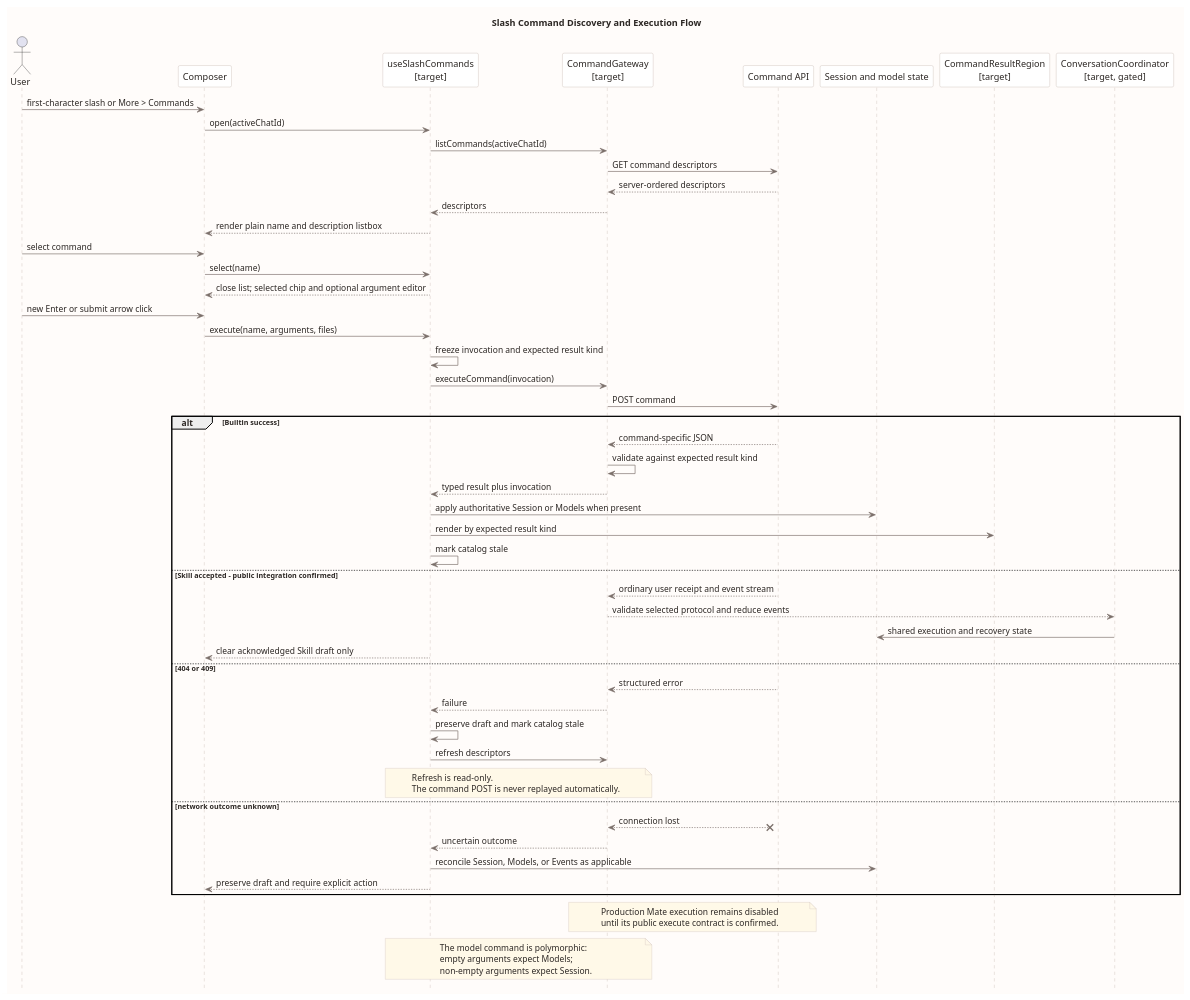
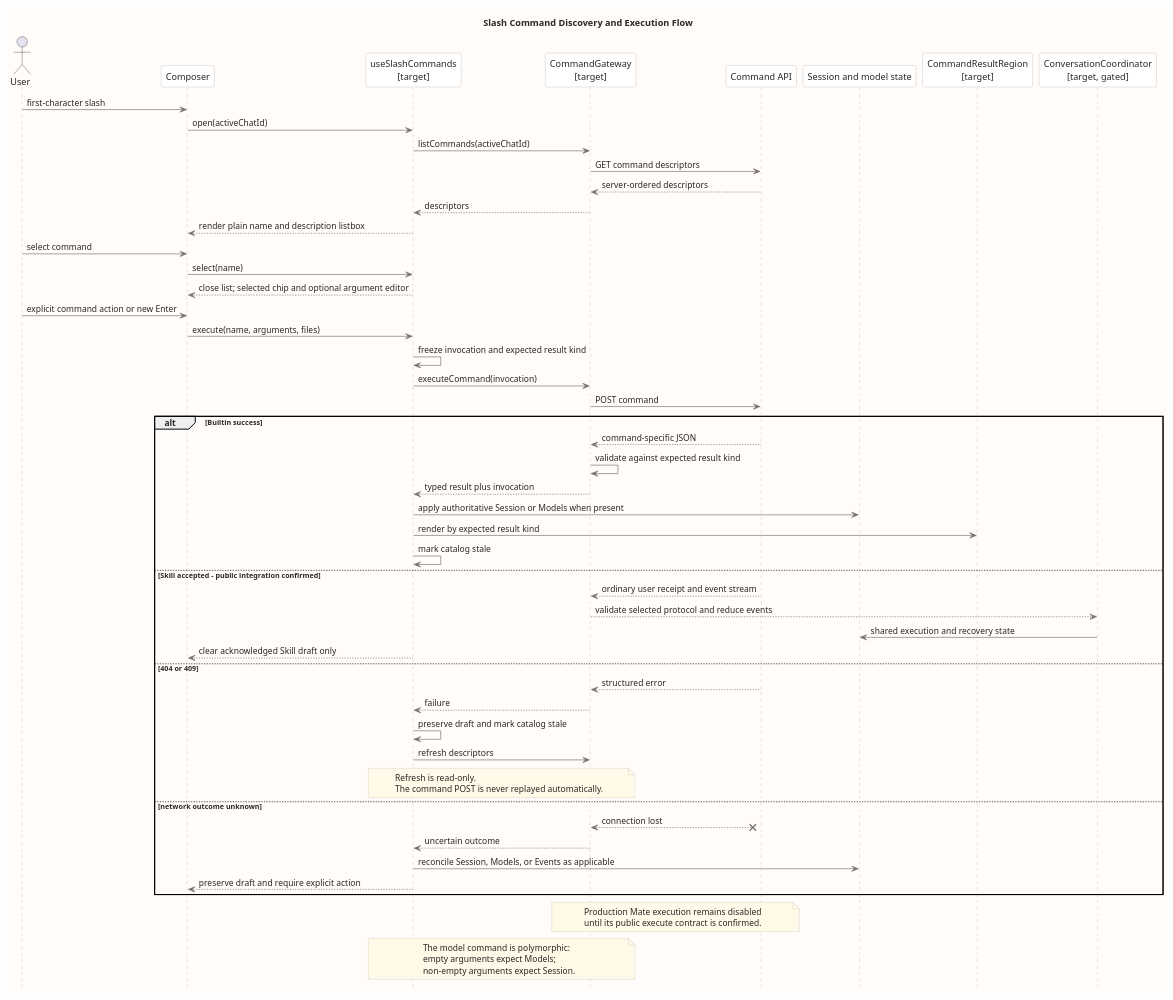
One commit to ssm0808/pi-mono-java-design changed the third of 3 diagrams in 04-命令与技能/00-Slash-Command通用模块/前端设计/diagram.puml. Above: the diagram before and after it, drawn with PlantUML. The commit also changed other lines of this file and 19 other files, not shown here.

```diff
--- a/04-命令与技能/00-Slash-Command通用模块/前端设计/diagram.puml
+++ b/04-命令与技能/00-Slash-Command通用模块/前端设计/diagram.puml
@@ -199,92 +209,92 @@
 @startuml slash_command_execution_flow
 title Slash Command Discovery and Execution Flow
 
 ' Source baseline: pi-mono-java@6f52fddc87a03c20916fc7b6ef1de87f6a7a8cf5
 ' Source evidence: frontend/src/composables/useRuntimeApi.ts, requestRaw and return surface
 ' Contract evidence: Runtime operations listSessionCommands and executeSessionCommand
 ' Historical behavior: the 6f52fddc frontend had no command HTTP methods or response projectors.
 ' UI update baseline: pi-mono-java@4cc8dd86f601417c22cf9306e52152acbb59bb60
 ' Source evidence: frontend/src/components/ComposerBox.vue, choose and runCommand
 ' Source evidence: frontend/src/runtime/commands.ts, freezeInvocation and decodeCommandResult
 ' Observed behavior: current command submission already freezes an invocation and decodes by expected result kind.
 ' Target-only design: the browser workflow and production Mate gateway are proposed.
 ' Design reason: decode from an immutable invocation, never replay an uncertain mutation, and reconcile through authoritative resources.
 
 skinparam backgroundColor #FFFCFA
 skinparam shadowing false
 skinparam defaultFontName Arial
 skinparam defaultFontColor #2C2724
 skinparam ArrowColor #7A6F69
 skinparam participantBorderColor #BFAEA5
 skinparam participantBackgroundColor #FFFFFF
 skinparam sequenceLifeLineBorderColor #BFAEA5
 skinparam sequenceLifeLineBackgroundColor #F8F3F0
 skinparam noteBorderColor #CDBEB6
 skinparam noteBackgroundColor #FFF9E8
 hide footbox
 
 actor User
 participant "Composer" as Composer
 participant "useSlashCommands\n[target]" as Slash
 participant "CommandGateway\n[target]" as Gateway
 participant "Command API" as Api
 participant "Session and model state" as State
 participant "CommandResultRegion\n[target]" as Result
 participant "ConversationCoordinator\n[target, gated]" as Conversation
 
-User -> Composer : first-character slash or More > Commands
+User -> Composer : first-character slash
 Composer -> Slash : open(activeChatId)
 Slash -> Gateway : listCommands(activeChatId)
 Gateway -> Api : GET command descriptors
 Api --> Gateway : server-ordered descriptors
 Gateway --> Slash : descriptors
 Slash --> Composer : render plain name and description listbox
 
 User -> Composer : select command
 Composer -> Slash : select(name)
 Slash --> Composer : close list; selected chip and optional argument editor
-User -> Composer : new Enter or submit arrow click
+User -> Composer : explicit command action or new Enter
 Composer -> Slash : execute(name, arguments, files)
 Slash -> Slash : freeze invocation and expected result kind
 Slash -> Gateway : executeCommand(invocation)
 Gateway -> Api : POST command
 
 alt Builtin success
   Api --> Gateway : command-specific JSON
   Gateway -> Gateway : validate against expected result kind
   Gateway --> Slash : typed result plus invocation
   Slash -> State : apply authoritative Session or Models when present
   Slash -> Result : render by expected result kind
   Slash -> Slash : mark catalog stale
 else Skill accepted - public integration confirmed
   Api --> Gateway : ordinary user receipt and event stream
   Gateway --> Conversation : validate selected protocol and reduce events
   Conversation -> State : shared execution and recovery state
   Slash --> Composer : clear acknowledged Skill draft only
 else 404 or 409
   Api --> Gateway : structured error
   Gateway --> Slash : failure
   Slash -> Slash : preserve draft and mark catalog stale
   Slash -> Gateway : refresh descriptors
   note over Slash,Gateway
     Refresh is read-only.
     The command POST is never replayed automatically.
   end note
 else network outcome unknown
   Api x-- Gateway : connection lost
   Gateway --> Slash : uncertain outcome
   Slash -> State : reconcile Session, Models, or Events as applicable
   Slash --> Composer : preserve draft and require explicit action
 end
 
 note over Gateway,Api
   Production Mate execution remains disabled
   until its public execute contract is confirmed.
 end note
 
 note over Slash,Gateway
   The model command is polymorphic:
   empty arguments expect Models;
   non-empty arguments expect Session.
 end note
 @enduml
```
